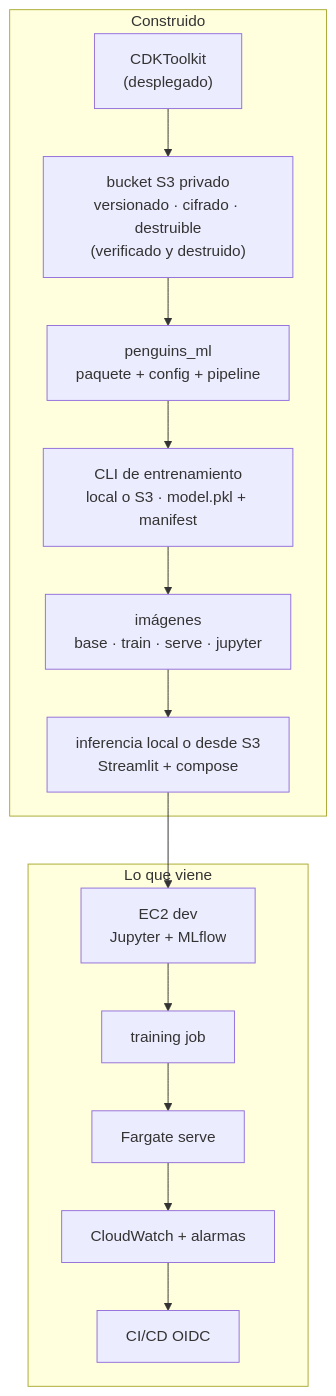
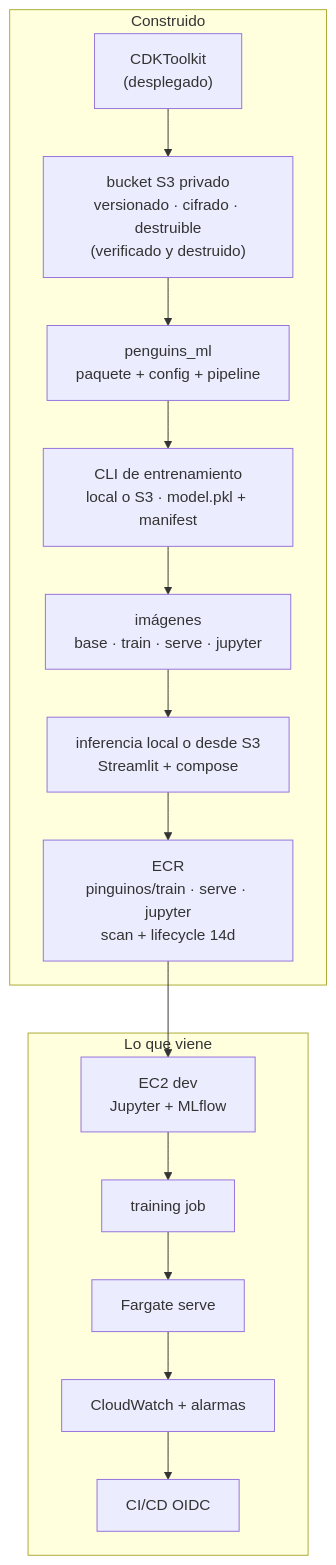
The ninth of 9 diagrams in docs/how-it-works.md (JairRamosG/Pinguinos-AWS), drawn with Mermaid before and after one commit. The commit also changed other lines of this file, not shown here.

````diff
--- a/docs/how-it-works.md
+++ b/docs/how-it-works.md
@@ -495,19 +535,20 @@
 ```mermaid
 flowchart TB
     subgraph HOY["Construido"]
         BOOT["CDKToolkit<br/>(desplegado)"]
         S3["bucket S3 privado<br/>versionado · cifrado · destruible<br/>(verificado y destruido)"]
         PKG["penguins_ml<br/>paquete + config + pipeline"]
         TRN["CLI de entrenamiento<br/>local o S3 · model.pkl + manifest"]
         IMG["imágenes<br/>base · train · serve · jupyter"]
         UI["inferencia local o desde S3<br/>Streamlit + compose"]
+        ECR["ECR<br/>pinguinos/train · serve · jupyter<br/>scan + lifecycle 14d"]
     end
     subgraph DESPUES["Lo que viene"]
         EC2["EC2 dev<br/>Jupyter + MLflow"]
         JOB["training job"]
         SRV["Fargate serve"]
         OBS["CloudWatch + alarmas"]
         CI["CI/CD OIDC"]
     end
-    BOOT --> S3 --> PKG --> TRN --> IMG --> UI --> EC2 --> JOB --> SRV --> OBS --> CI
+    BOOT --> S3 --> PKG --> TRN --> IMG --> UI --> ECR --> EC2 --> JOB --> SRV --> OBS --> CI
 ```
````
